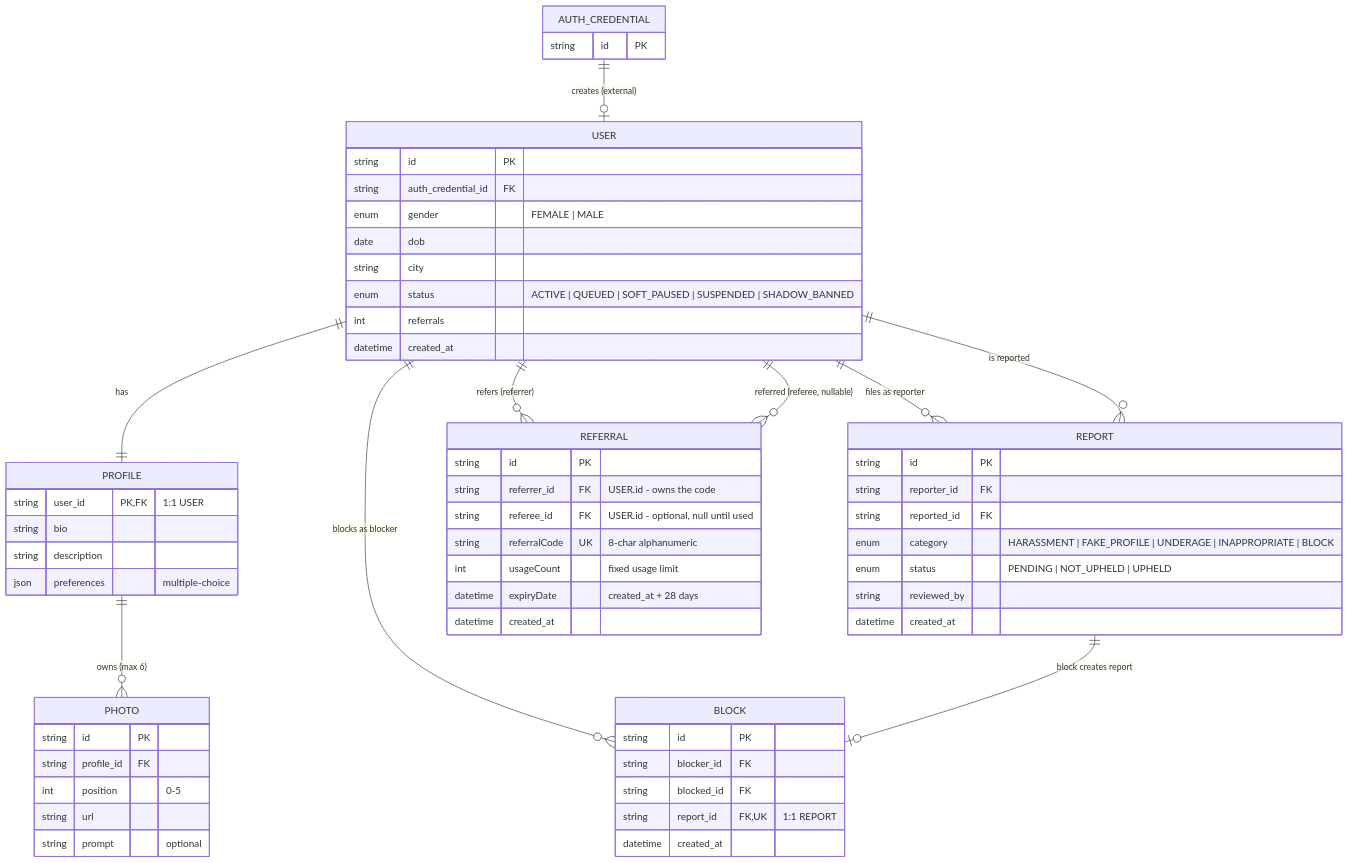
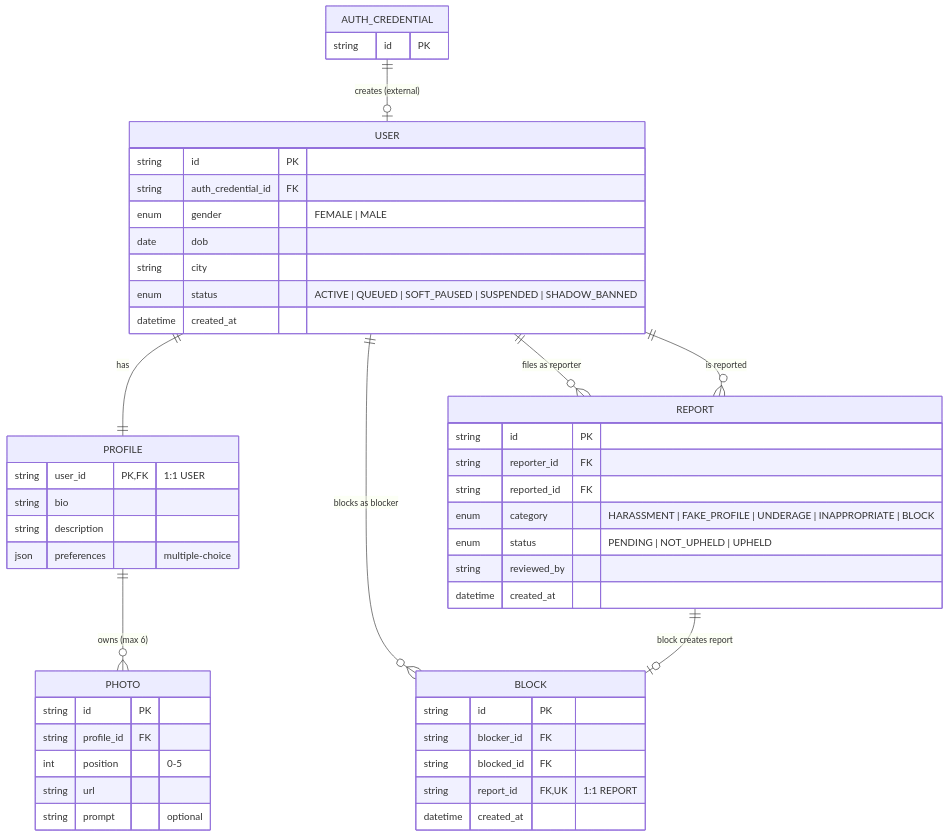
Before and after one commit to cheetah-org/fold-design: the second of 8 diagrams in entities/er-diagram.md, drawn with Mermaid. The commit also changed other lines of this file and 1 other file, not shown here.

Commit message:
remove referral code feature, add interService comm. design

````diff
--- a/entities/er-diagram.md
+++ b/entities/er-diagram.md
@@ -227,68 +215,56 @@
 ```mermaid
 erDiagram
     %% Owned entities
     USER {
         string id PK
         string auth_credential_id FK
         enum gender "FEMALE | MALE"
         date dob
         string city
         enum status "ACTIVE | QUEUED | SOFT_PAUSED | SUSPENDED | SHADOW_BANNED"
-        int referrals
         datetime created_at
     }
     PROFILE {
         string user_id PK, FK "1:1 USER"
         string bio
         string description
         json preferences "multiple-choice"
     }
     PHOTO {
         string id PK
         string profile_id FK
         int position "0-5"
         string url
         string prompt "optional"
     }
     REPORT {
         string id PK
         string reporter_id FK
         string reported_id FK
         enum category "HARASSMENT | FAKE_PROFILE | UNDERAGE | INAPPROPRIATE | BLOCK"
         enum status "PENDING | NOT_UPHELD | UPHELD"
         string reviewed_by
         datetime created_at
     }
     BLOCK {
         string id PK
         string blocker_id FK
         string blocked_id FK
         string report_id FK, UK "1:1 REPORT"
         datetime created_at
     }
-    REFERRAL {
-        string id PK
-        string referrer_id FK "USER.id - owns the code"
-        string referee_id FK "USER.id - optional, null until used"
-        string referralCode UK "8-char alphanumeric"
-        int usageCount "fixed usage limit"
-        datetime expiryDate "created_at + 28 days"
-        datetime created_at
-    }
 
     %% External reference (owned by Auth Service)
     AUTH_CREDENTIAL {
         string id PK
     }
 
     %% Relationships
     AUTH_CREDENTIAL ||--o| USER : "creates (external)"
     USER ||--|| PROFILE : "has"
     PROFILE ||--o{ PHOTO : "owns (max 6)"
     USER ||--o{ REPORT : "files as reporter"
     USER ||--o{ REPORT : "is reported"
     USER ||--o{ BLOCK : "blocks as blocker"
     REPORT ||--o| BLOCK : "block creates report"
-    USER ||--o{ REFERRAL : "refers (referrer)"
-    USER ||--o{ REFERRAL : "referred (referee, nullable)"
 ```
````
